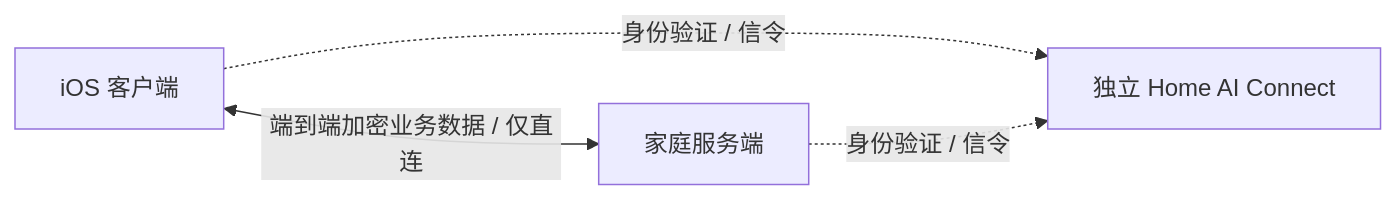
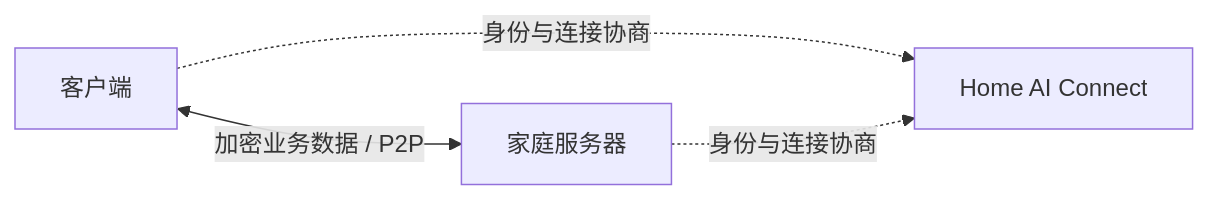
Before and after one commit to MR-MaoJiu/home-ai-os: the second of 2 diagrams in README.md, drawn with Mermaid. The commit also changed other lines of this file and 6 other files, not shown here.

````diff
--- a/README.md
+++ b/README.md
@@ -288,6 +55,6 @@
 ```mermaid
 flowchart LR
-    PHONE[iOS 客户端] -. 身份验证 / 信令 .-> PLATFORM[独立 Home AI Connect]
-    HOME[家庭服务端] -. 身份验证 / 信令 .-> PLATFORM
-    PHONE <-->|端到端加密业务数据 / 仅直连| HOME
+    PHONE[客户端] -. 身份与连接协商 .-> CONNECT[Home AI Connect]
+    HOME[家庭服务器] -. 身份与连接协商 .-> CONNECT
+    PHONE <-->|加密业务数据 / P2P| HOME
 ```
````
